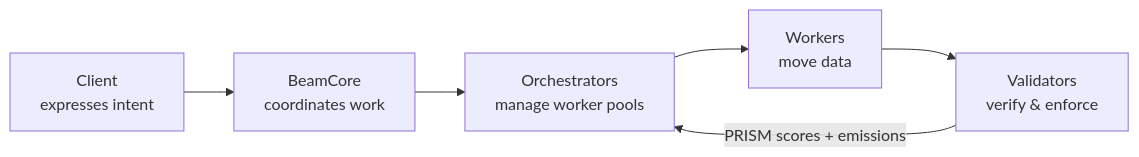
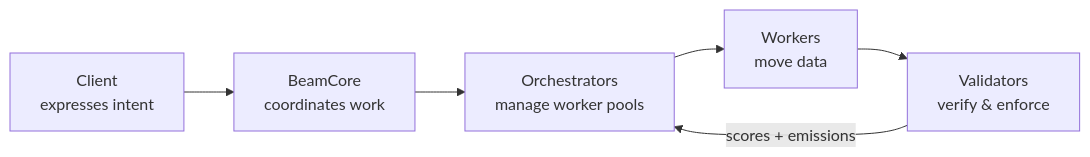
Before and after one commit to Beam-Network/beam: the diagram in guide/intro.md, drawn with Mermaid. The commit also changed other lines of this file and 4 other files, not shown here.

````diff
--- a/guide/intro.md
+++ b/guide/intro.md
@@ -43,8 +43,8 @@
 ```mermaid
 graph LR
     C[Client\nexpresses intent] --> BC[BeamCore\ncoordinates work]
     BC --> O[Orchestrators\nmanage worker pools]
     O --> W[Workers\nmove data]
     W --> V[Validators\nverify & enforce]
-    V -->|PRISM scores + emissions| O
+    V -->|scores + emissions| O
 ```
````
